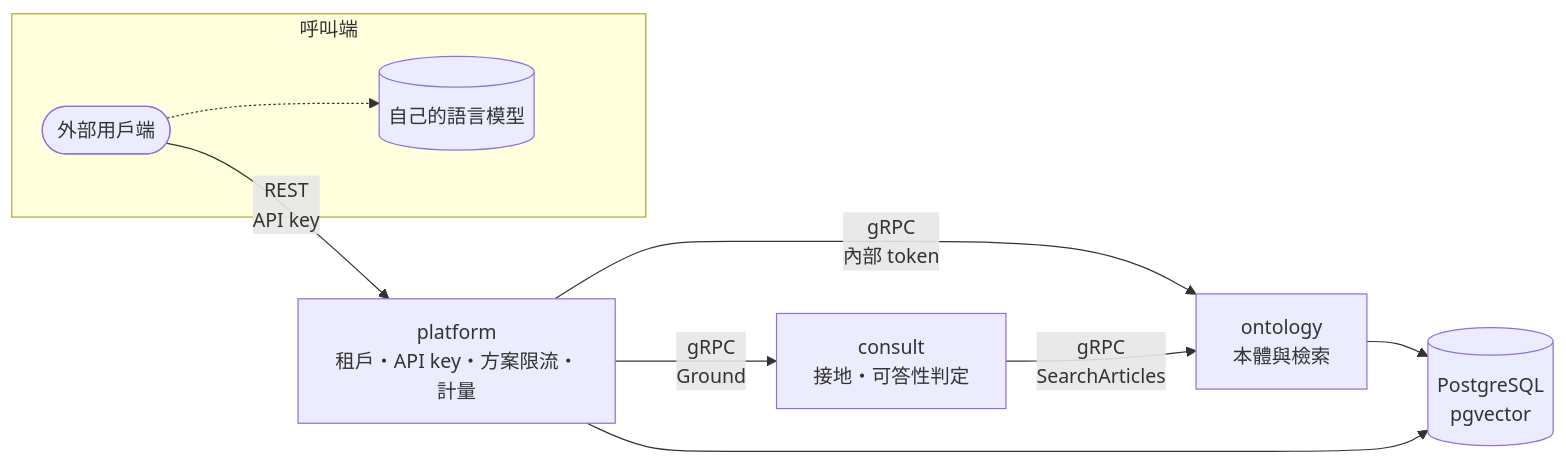
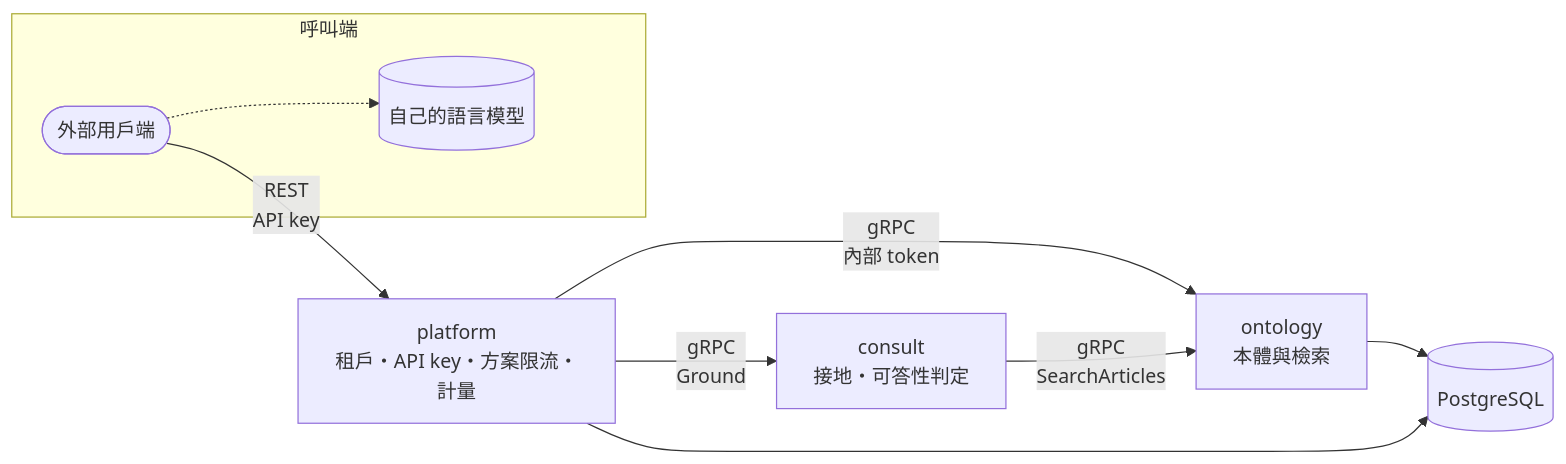
Before and after one commit to elihu0211/envcite: the diagram in README.md, drawn with Mermaid. The commit also changed 24 other files, not shown here.

````diff
--- a/README.md
+++ b/README.md
@@ -18,21 +18,21 @@
 ```mermaid
 flowchart LR
     client([外部用戶端])
     platform["platform<br/>租戶・API key・方案限流・計量"]
     ontology["ontology<br/>本體與檢索"]
     consult["consult<br/>接地・可答性判定"]
-    pg[(PostgreSQL<br/>pgvector)]
+    pg[(PostgreSQL)]
 
     subgraph caller [呼叫端]
         client
         llm[(自己的語言模型)]
     end
 
     client -- "REST<br/>API key" --> platform
     platform -- "gRPC<br/>內部 token" --> ontology
     platform -- "gRPC<br/>Ground" --> consult
     consult -- "gRPC<br/>SearchArticles" --> ontology
     client -.-> llm
     ontology --> pg
     platform --> pg
 ```
````
